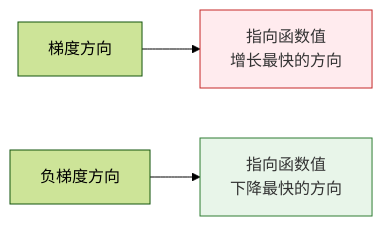
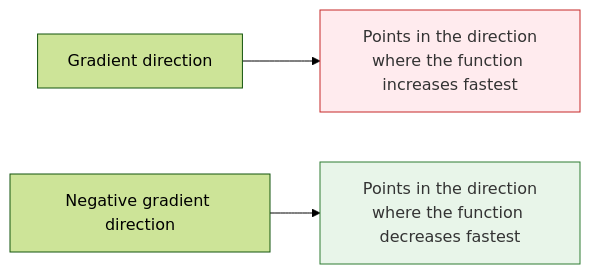
The diagram in docs/ch04-ai-math/ch03-calculus/02-partial-derivatives-gradient.md (oudbiao/AI-fullstack-course), drawn with Mermaid (forest theme) before and after one commit. The commit also changed other lines of this file and 1406 other files, not shown here.

````diff
--- a/docs/ch04-ai-math/ch03-calculus/02-partial-derivatives-gradient.md
+++ b/docs/ch04-ai-math/ch03-calculus/02-partial-derivatives-gradient.md
@@ -159,10 +160,10 @@
 ```mermaid
 flowchart LR
-    G["梯度方向"]
-    G --> UP["指向函数值<br/>增长最快的方向"]
-    NEG["负梯度方向"]
-    NEG --> DOWN["指向函数值<br/>下降最快的方向"]
+    G["Gradient direction"]
+    G --> UP["Points in the direction<br/>where the function increases fastest"]
+    NEG["Negative gradient direction"]
+    NEG --> DOWN["Points in the direction<br/>where the function decreases fastest"]
 
     style UP fill:#ffebee,stroke:#c62828,color:#333
     style DOWN fill:#e8f5e9,stroke:#2e7d32,color:#333
 ```
````
